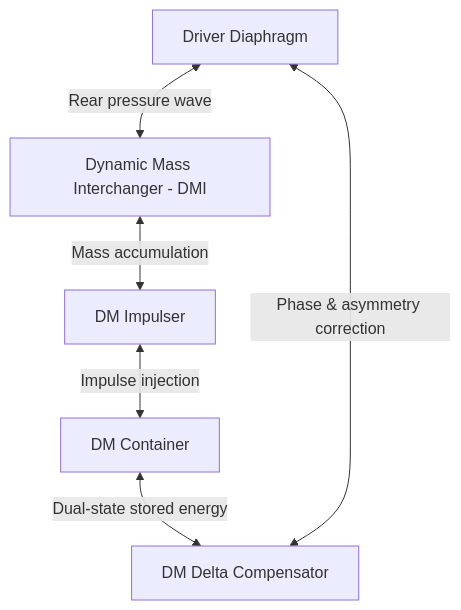
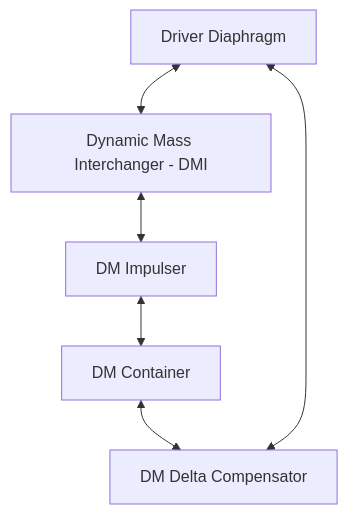
One commit to DeltaSignum/Dynamic-Zero changed the first of 2 diagrams in docs/theory.md. Above: the diagram before and after it, drawn with Mermaid.

````diff
--- a/docs/theory.md
+++ b/docs/theory.md
@@ -110,8 +110,8 @@
 ```mermaid
 graph TD
-    A[Driver Diaphragm] <-->|Rear pressure wave| B[Dynamic Mass Interchanger - DMI]
-    B <-->|Mass accumulation| C[DM Impulser]
-    C <-->|Impulse injection| D[DM Container]
-    D <-->|Dual-state stored energy| E[DM Delta Compensator]
-    E <-->|Phase & asymmetry correction| A
+    A[Driver Diaphragm] <--> B[Dynamic Mass Interchanger - DMI]
+    B <--> C[DM Impulser]
+    C <--> D[DM Container]
+    D <--> E[DM Delta Compensator]
+    E <--> A
 ```
````
